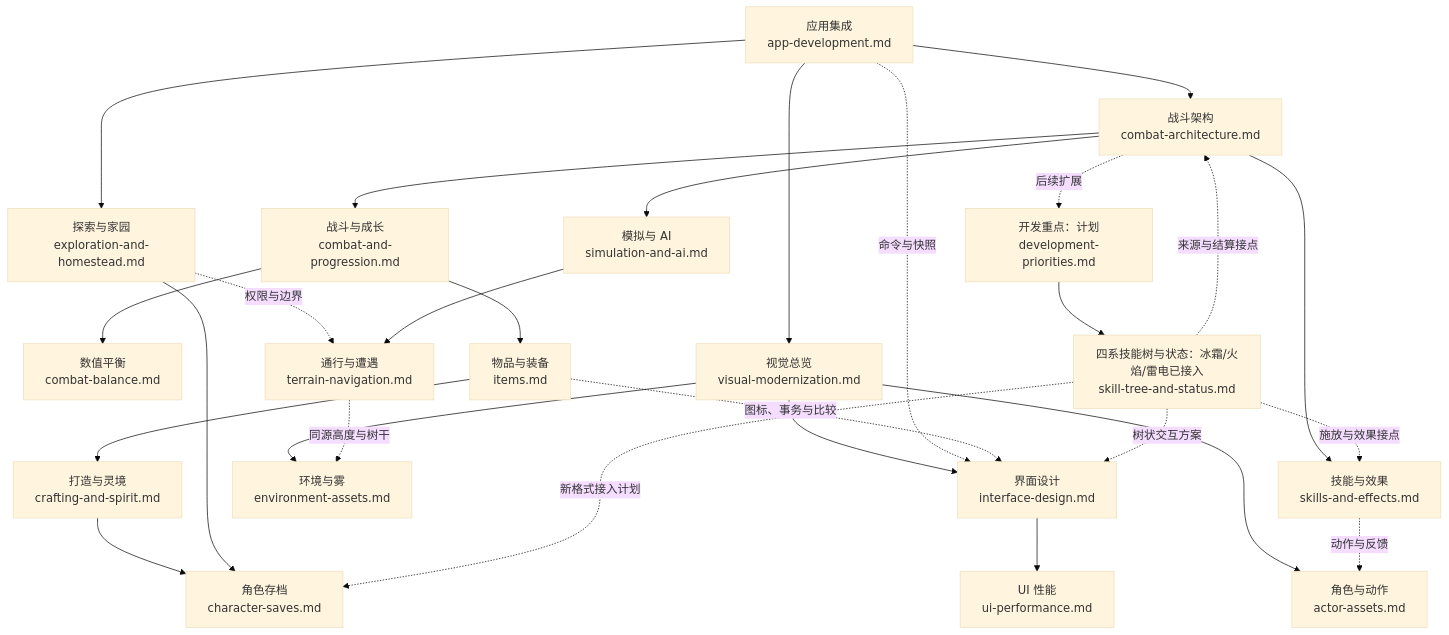
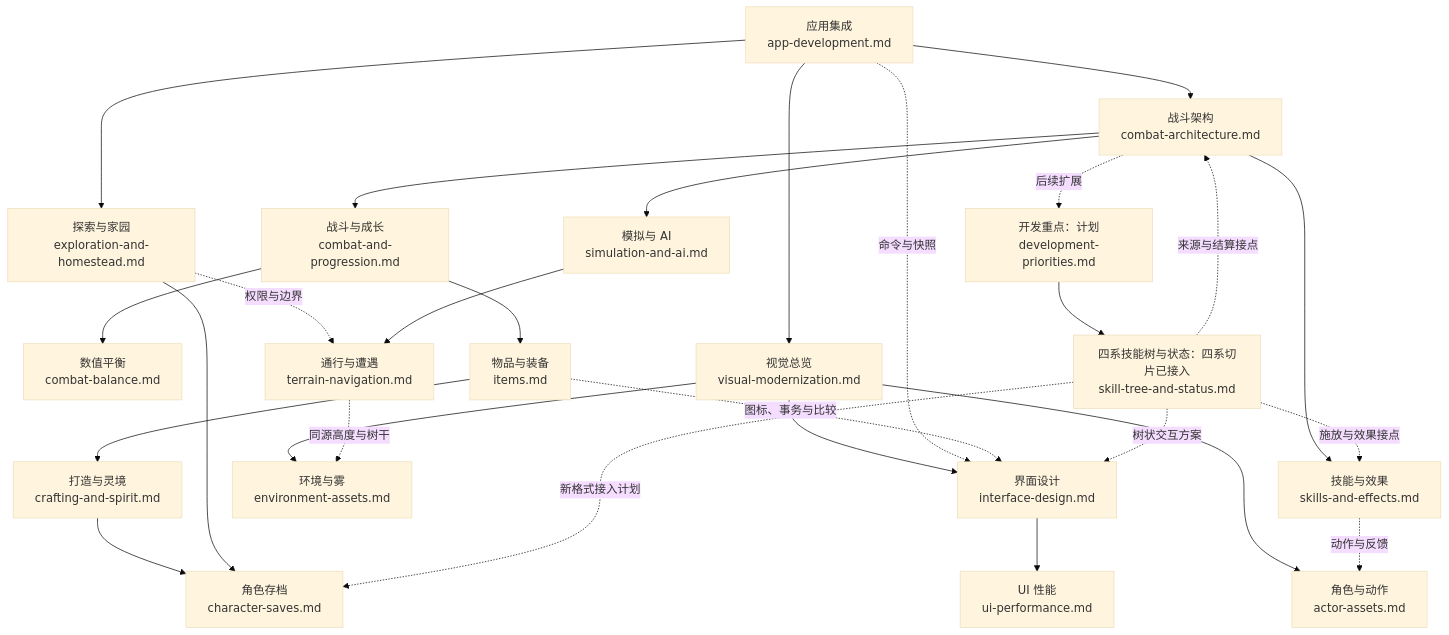
The second of 3 diagrams in docs/README.md (lanyik/lanyik), drawn with Mermaid (base theme) before and after one commit. The commit also changed other lines of this file and 43 other files, not shown here.

Commit message:
feat(survivor): add star protection and empowerment skill tree

````diff
--- a/docs/README.md
+++ b/docs/README.md
@@ -116,30 +116,30 @@
 ```mermaid
 flowchart TB
     app["应用集成<br/>app-development.md"] --> combat["战斗架构<br/>combat-architecture.md"]
     combat --> ai["模拟与 AI<br/>simulation-and-ai.md"]
     combat --> loop["战斗与成长<br/>combat-and-progression.md"]
     combat --> skill["技能与效果<br/>skills-and-effects.md"]
     loop --> balance["数值平衡<br/>combat-balance.md"]
     loop --> item["物品与装备<br/>items.md"]
     item --> craft["打造与灵境<br/>crafting-and-spirit.md"]
     craft --> save["角色存档<br/>character-saves.md"]
     app --> explore["探索与家园<br/>exploration-and-homestead.md"]
     explore --> save
     explore -. 权限与边界 .-> terrain
     ai --> terrain["通行与遭遇<br/>terrain-navigation.md"]
     app --> visual["视觉总览<br/>visual-modernization.md"]
     visual --> actor["角色与动作<br/>actor-assets.md"]
     visual --> env["环境与雾<br/>environment-assets.md"]
     visual --> ui["界面设计<br/>interface-design.md"]
     app -. 命令与快照 .-> ui
     item -. 图标、事务与比较 .-> ui
     ui --> perf["UI 性能<br/>ui-performance.md"]
     combat -. 后续扩展 .-> plan["开发重点：计划<br/>development-priorities.md"]
-    plan --> tree["四系技能树与状态：冰霜/火焰/雷电已接入<br/>skill-tree-and-status.md"]
+    plan --> tree["四系技能树与状态：四系切片已接入<br/>skill-tree-and-status.md"]
     tree -. 施放与效果接点 .-> skill
     tree -. 来源与结算接点 .-> combat
     tree -. 树状交互方案 .-> ui
     tree -. 新格式接入计划 .-> save
     skill -. 动作与反馈 .-> actor
     terrain -. 同源高度与树干 .-> env
 ```
````
